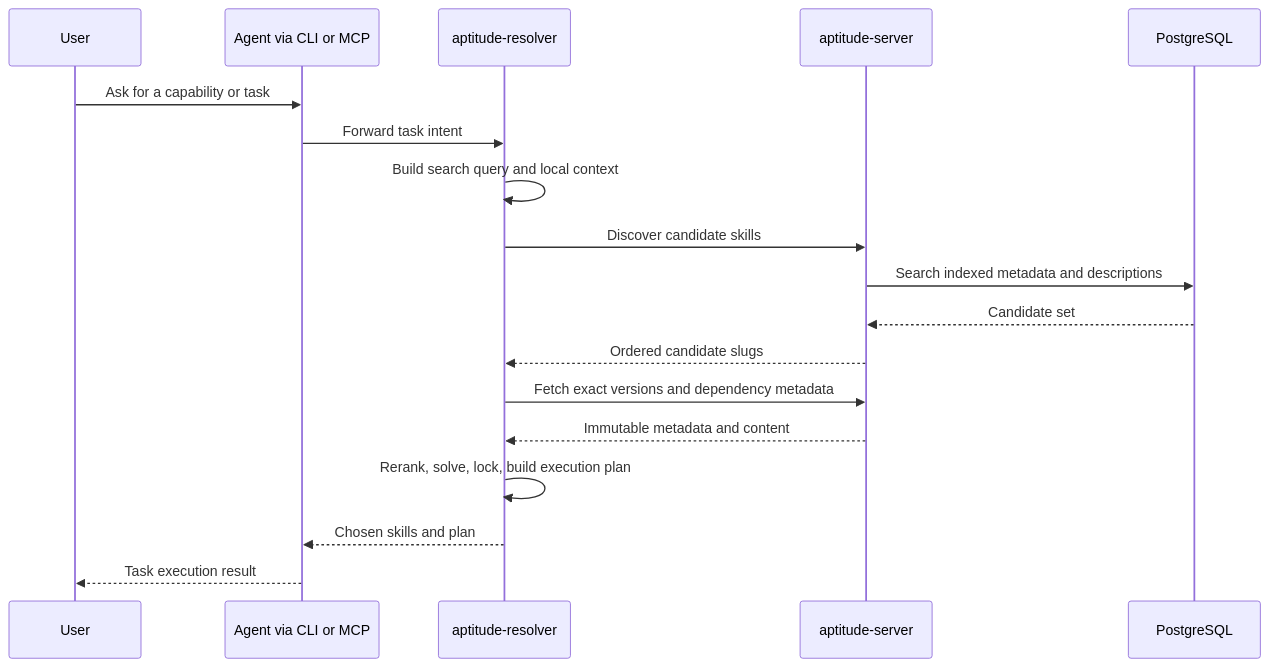
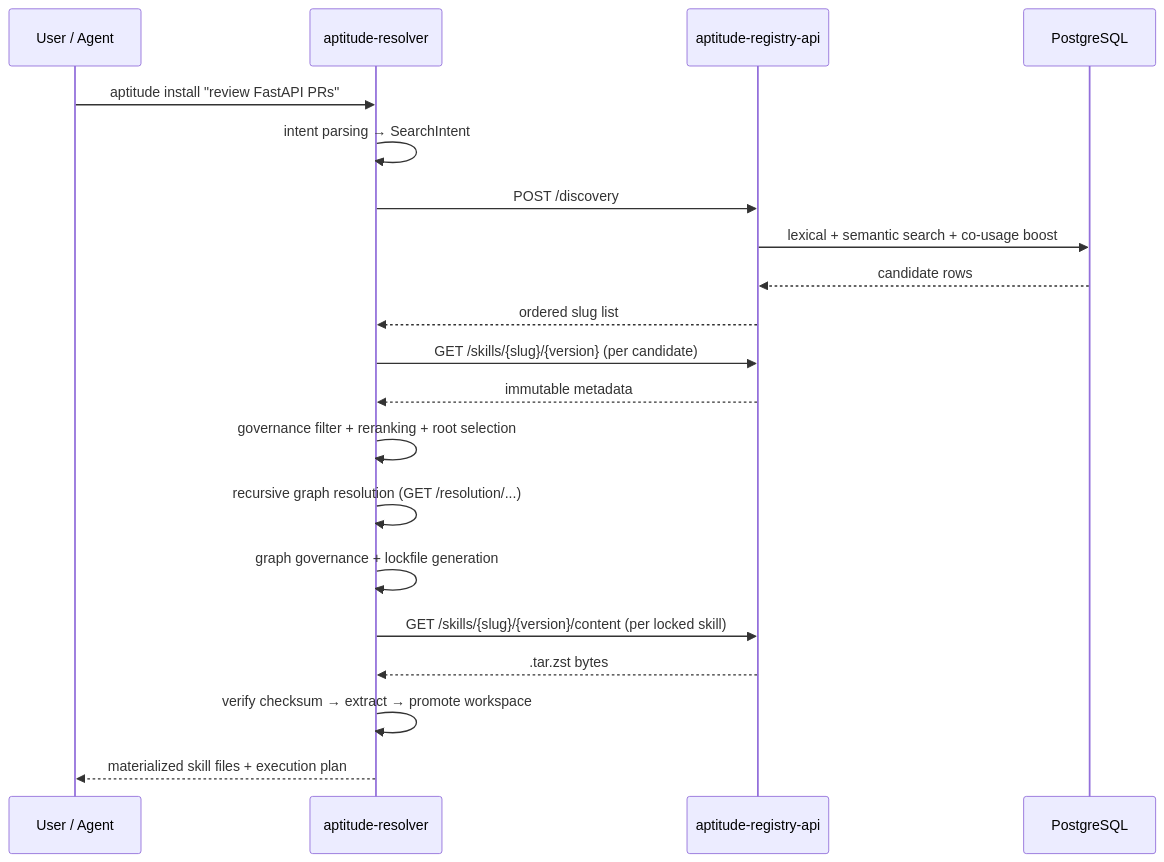
The third of 3 diagrams in high-level-design.md (aptitude-stack/docs), drawn with Mermaid before and after one commit. The commit also changed other lines of this file and 102 other files, not shown here.

````diff
--- a/high-level-design.md
+++ b/high-level-design.md
@@ -164,21 +135,23 @@
 ```mermaid
 sequenceDiagram
-    participant U as User
-    participant M as Agent via CLI or MCP
+    participant U as User / Agent
     participant R as aptitude-resolver
-    participant S as aptitude-server
+    participant S as aptitude-registry-api
     participant D as PostgreSQL
 
-    U->>M: Ask for a capability or task
-    M->>R: Forward task intent
-    R->>R: Build search query and local context
-    R->>S: Discover candidate skills
-    S->>D: Search indexed metadata and descriptions
-    D-->>S: Candidate set
-    S-->>R: Ordered candidate slugs
-    R->>S: Fetch exact versions and dependency metadata
-    S-->>R: Immutable metadata and content
-    R->>R: Rerank, solve, lock, build execution plan
-    R-->>M: Chosen skills and plan
-    M-->>U: Task execution result
+    U->>R: aptitude install "review FastAPI PRs"
+    R->>R: intent parsing → SearchIntent
+    R->>S: POST /discovery
+    S->>D: lexical + semantic search + co-usage boost
+    D-->>S: candidate rows
+    S-->>R: ordered slug list
+    R->>S: GET /skills/{slug}/{version} (per candidate)
+    S-->>R: immutable metadata
+    R->>R: governance filter + reranking + root selection
+    R->>R: recursive graph resolution (GET /resolution/...)
+    R->>R: graph governance + lockfile generation
+    R->>S: GET /skills/{slug}/{version}/content (per locked skill)
+    S-->>R: .tar.zst bytes
+    R->>R: verify checksum → extract → promote workspace
+    R-->>U: materialized skill files + execution plan
 ```
````
